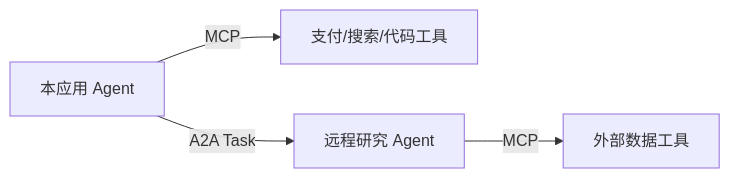
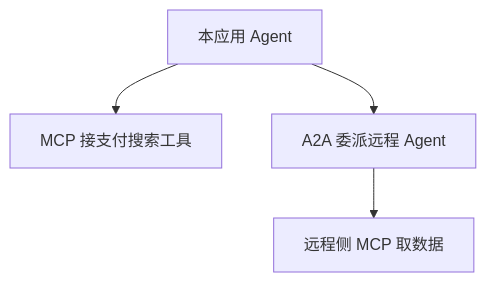
Before and after one commit to hub138/technical-knowledge: the second of 3 diagrams in vault/工程知识/AI 系统工程：从模型能力到生产能力/生态与选型/MCP连接能力，A2A委托任务.md, drawn with Mermaid. The commit also changed other lines of this file and 622 other files, not shown here.

````diff
--- a/vault/工程知识/AI 系统工程：从模型能力到生产能力/生态与选型/MCP连接能力，A2A委托任务.md
+++ b/vault/工程知识/AI 系统工程：从模型能力到生产能力/生态与选型/MCP连接能力，A2A委托任务.md
@@ -53,6 +87,6 @@
 ```mermaid
-flowchart LR
-    U[本应用 Agent] -->|MCP| T[支付/搜索/代码工具]
-    U -->|A2A Task| A[远程研究 Agent]
-    A -->|MCP| D[外部数据工具]
+flowchart TD
+    U["本应用 Agent"] --> T["MCP 接支付搜索工具"]
+    U --> A["A2A 委派远程 Agent"]
+    A --> D["远程侧 MCP 取数据"]
 ```
````
